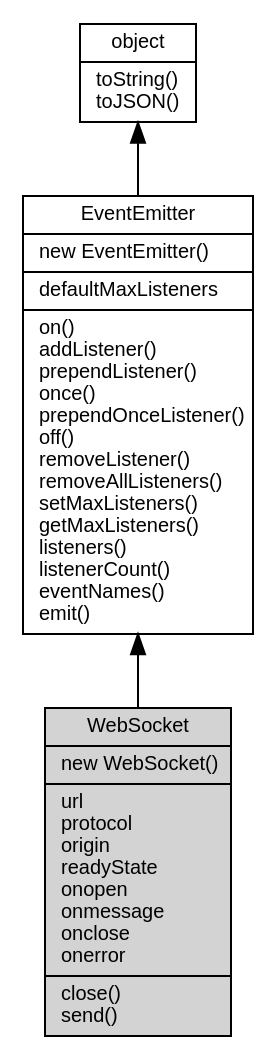
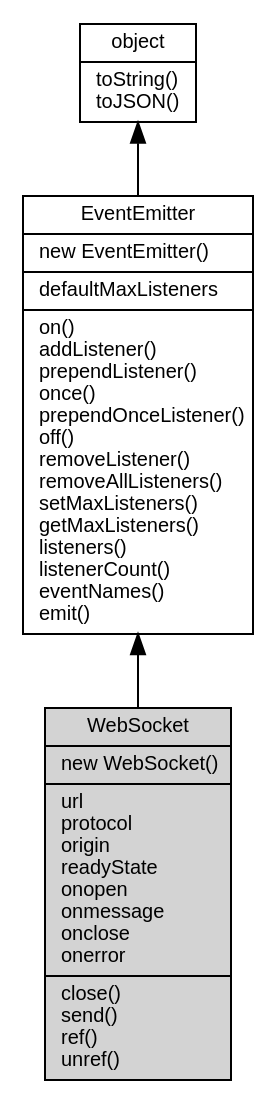
The diagram in docs/manual/object/ifs/WebSocket.md (fibjs/fibjs.org), drawn with Graphviz before and after one commit. The commit also changed other lines of this file and 206 other files, not shown here.

````diff
--- a/docs/manual/object/ifs/WebSocket.md
+++ b/docs/manual/object/ifs/WebSocket.md
@@ -31,12 +31,12 @@
 ```dot
 digraph {
     node [fontname="Helvetica,sans-Serif", fontsize=10, shape="record", style="filled", fillcolor="white"];
 
     object [tooltip="object", URL="object.md", label="{object|toString()\ltoJSON()\l}"];
     EventEmitter [tooltip="EventEmitter", URL="EventEmitter.md", label="{EventEmitter|new EventEmitter()\l|defaultMaxListeners\l|on()\laddListener()\lprependListener()\lonce()\lprependOnceListener()\loff()\lremoveListener()\lremoveAllListeners()\lsetMaxListeners()\lgetMaxListeners()\llisteners()\llistenerCount()\leventNames()\lemit()\l}"];
-    WebSocket [tooltip="WebSocket", fillcolor="lightgray", id="me", label="{WebSocket|new WebSocket()\l|url\lprotocol\lorigin\lreadyState\lonopen\lonmessage\lonclose\lonerror\l|close()\lsend()\l}"];
+    WebSocket [tooltip="WebSocket", fillcolor="lightgray", id="me", label="{WebSocket|new WebSocket()\l|url\lprotocol\lorigin\lreadyState\lonopen\lonmessage\lonclose\lonerror\l|close()\lsend()\lref()\lunref()\l}"];
 
     object -> EventEmitter [dir=back];
     EventEmitter -> WebSocket [dir=back];
 }
 ```
````
